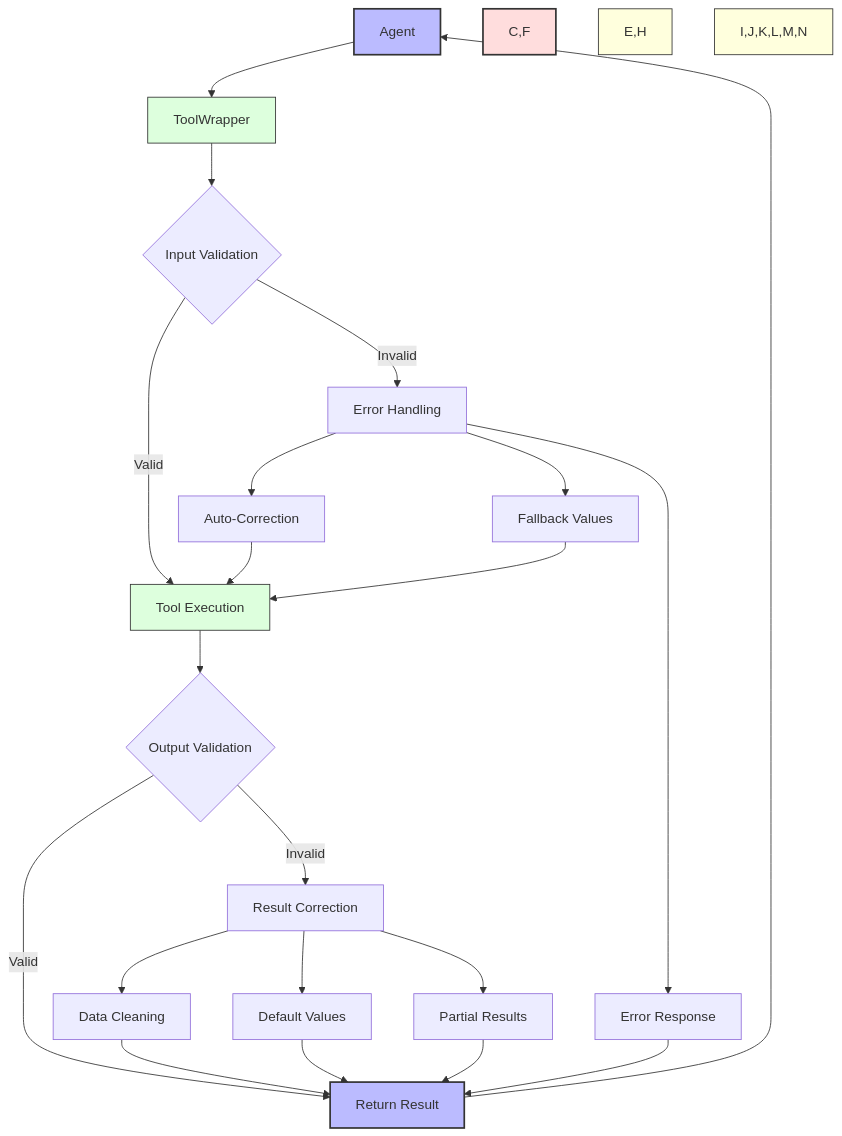
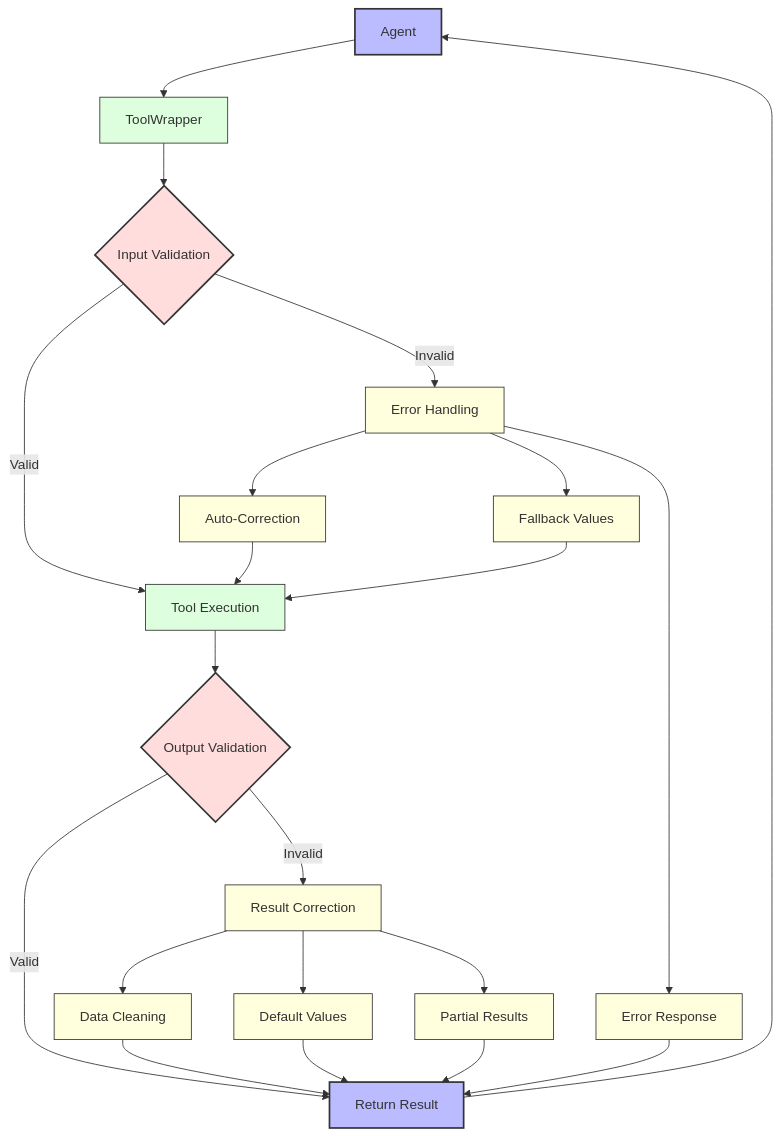
The fourth of 6 diagrams in module6/diagrams/tool_verification.md (amlanacharya/Agent), drawn with Mermaid before and after one commit. The commit also changed other lines of this file and 2 other files, not shown here.

````diff
--- a/module6/diagrams/tool_verification.md
+++ b/module6/diagrams/tool_verification.md
@@ -118,38 +118,40 @@
 ```mermaid
 flowchart TD
     A[Agent] --> B[ToolWrapper]
     B --> C{Input Validation}
 
     C -->|Valid| D[Tool Execution]
     C -->|Invalid| E[Error Handling]
 
     D --> F{Output Validation}
 
     F -->|Valid| G[Return Result]
     F -->|Invalid| H[Result Correction]
 
     E --> I[Auto-Correction]
     E --> J[Fallback Values]
     E --> K[Error Response]
 
     H --> L[Data Cleaning]
     H --> M[Default Values]
     H --> N[Partial Results]
 
     I --> D
     J --> D
     K --> G
     L --> G
     M --> G
     N --> G
 
     G --> A
 
-    style A fill:#bbf,stroke:#333,stroke-width:2px
-    style B fill:#dfd,stroke:#333,stroke-width:1px
-    style C,F fill:#fdd,stroke:#333,stroke-width:2px
-    style D fill:#dfd,stroke:#333,stroke-width:1px
-    style E,H fill:#ffd,stroke:#333,stroke-width:1px
-    style G fill:#bbf,stroke:#333,stroke-width:2px
-    style I,J,K,L,M,N fill:#ffd,stroke:#333,stroke-width:1px
+    classDef agentNode fill:#bbf,stroke:#333,stroke-width:2px;
+    classDef toolNode fill:#dfd,stroke:#333,stroke-width:1px;
+    classDef validationNode fill:#fdd,stroke:#333,stroke-width:2px;
+    classDef handlerNode fill:#ffd,stroke:#333,stroke-width:1px;
+
+    class A,G agentNode;
+    class B,D toolNode;
+    class C,F validationNode;
+    class E,H,I,J,K,L,M,N handlerNode;
 ```
````
